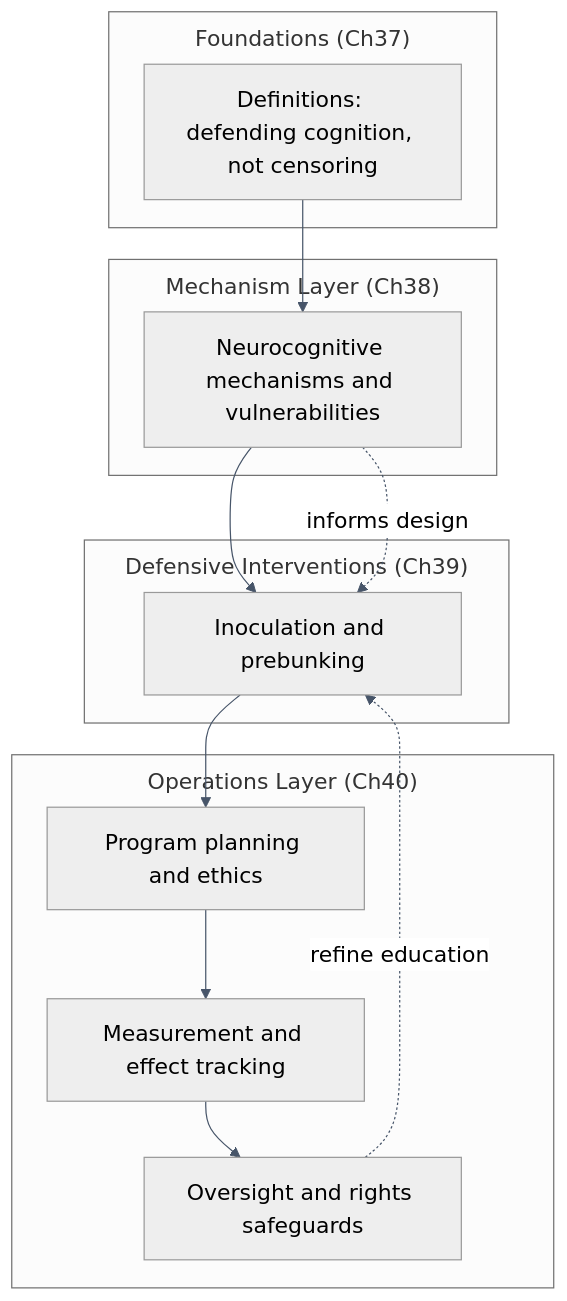
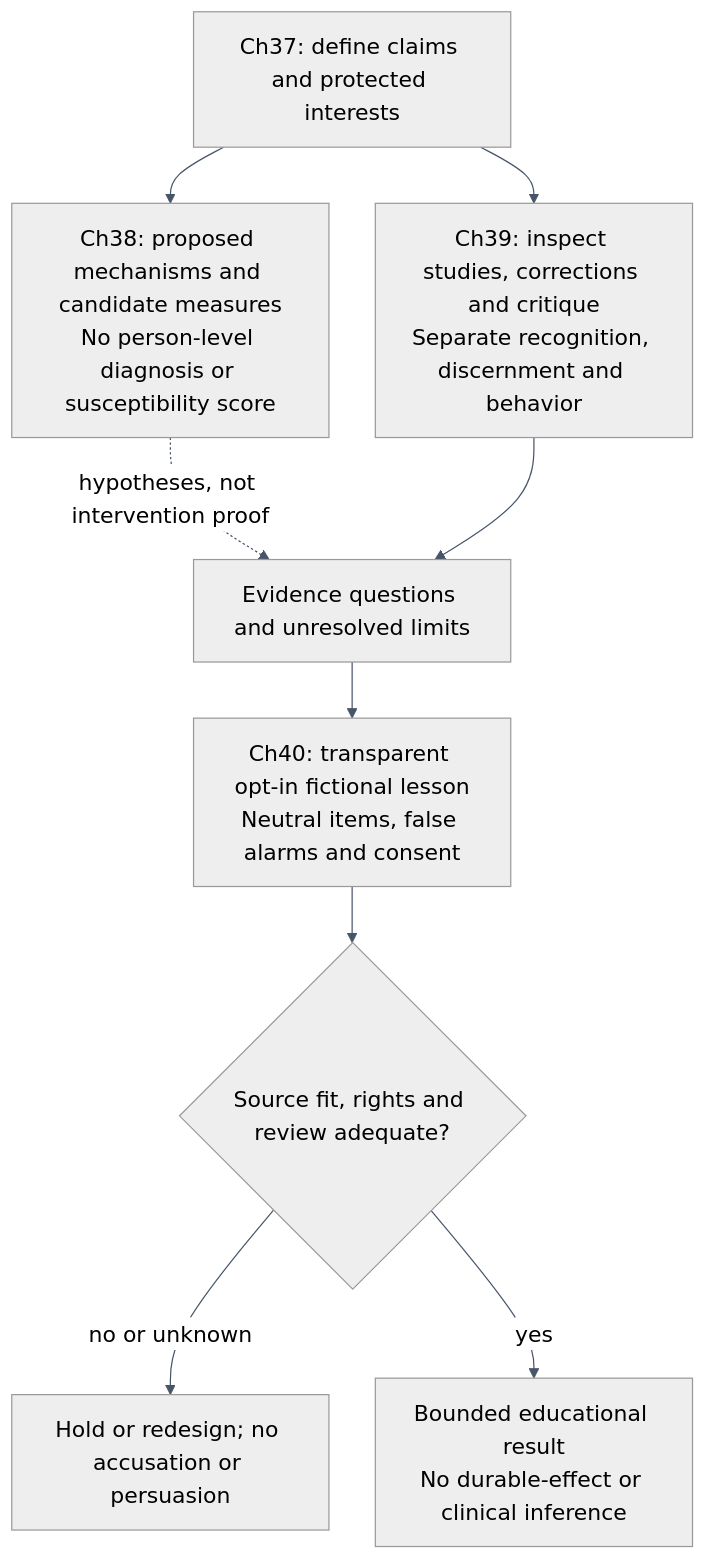
The diagram in output/figures/mermaid/part-cogsec-defensive-chain.mmd (docxology/AGEINT), drawn with Mermaid before and after one commit. The commit also changed 1158 other files, not shown here.

```diff
--- a/output/figures/mermaid/part-cogsec-defensive-chain.mmd
+++ b/output/figures/mermaid/part-cogsec-defensive-chain.mmd
@@ -1,23 +1,10 @@
 %%{init: {'theme':'neutral','themeVariables':{'fontSize':'18px','fontFamily':'Arial, sans-serif','primaryColor':'#dbeafe','primaryBorderColor':'#475569','primaryTextColor':'#0f172a','lineColor':'#475569','secondaryColor':'#dcfce7','tertiaryColor':'#fef3c7'},'flowchart':{'htmlLabels':true,'nodeSpacing':38,'rankSpacing':46,'curve':'basis','subGraphTitleMargin':{'top':8,'bottom':12}}}}%%
 flowchart TB
-  subgraph DEF["Foundations (Ch37)"]
-    DEFN["Definitions: defending cognition, not censoring"]
-  end
-  subgraph MECH["Mechanism Layer (Ch38)"]
-    NEURO["Neurocognitive mechanisms and vulnerabilities"]
-  end
-  subgraph DEFENSE["Defensive Interventions (Ch39)"]
-    INOC["Inoculation and prebunking"]
-  end
-  subgraph OPS["Operations Layer (Ch40)"]
-    PLAN["Program planning and ethics"]
-    MEAS["Measurement and effect tracking"]
-    GOV["Oversight and rights safeguards"]
-  end
-  DEFN --> NEURO
-  NEURO --> INOC
-  INOC --> PLAN
-  PLAN --> MEAS
-  MEAS --> GOV
-  GOV -.->|"refine education"| INOC
-  NEURO -.->|"informs design"| INOC
+  D["Ch37: define claims and protected interests"] --> N["Ch38: proposed mechanisms and candidate measures<br/>No person-level diagnosis or susceptibility score"]
+  D --> S["Ch39: inspect studies, corrections and critique<br/>Separate recognition, discernment and behavior"]
+  N -.->|"hypotheses, not intervention proof"| Q["Evidence questions and unresolved limits"]
+  S --> Q
+  Q --> P["Ch40: transparent opt-in fictional lesson<br/>Neutral items, false alarms and consent"]
+  P --> R{"Source fit, rights and review adequate?"}
+  R -->|"no or unknown"| H["Hold or redesign; no accusation or persuasion"]
+  R -->|"yes"| O["Bounded educational result<br/>No durable-effect or clinical inference"]
```
